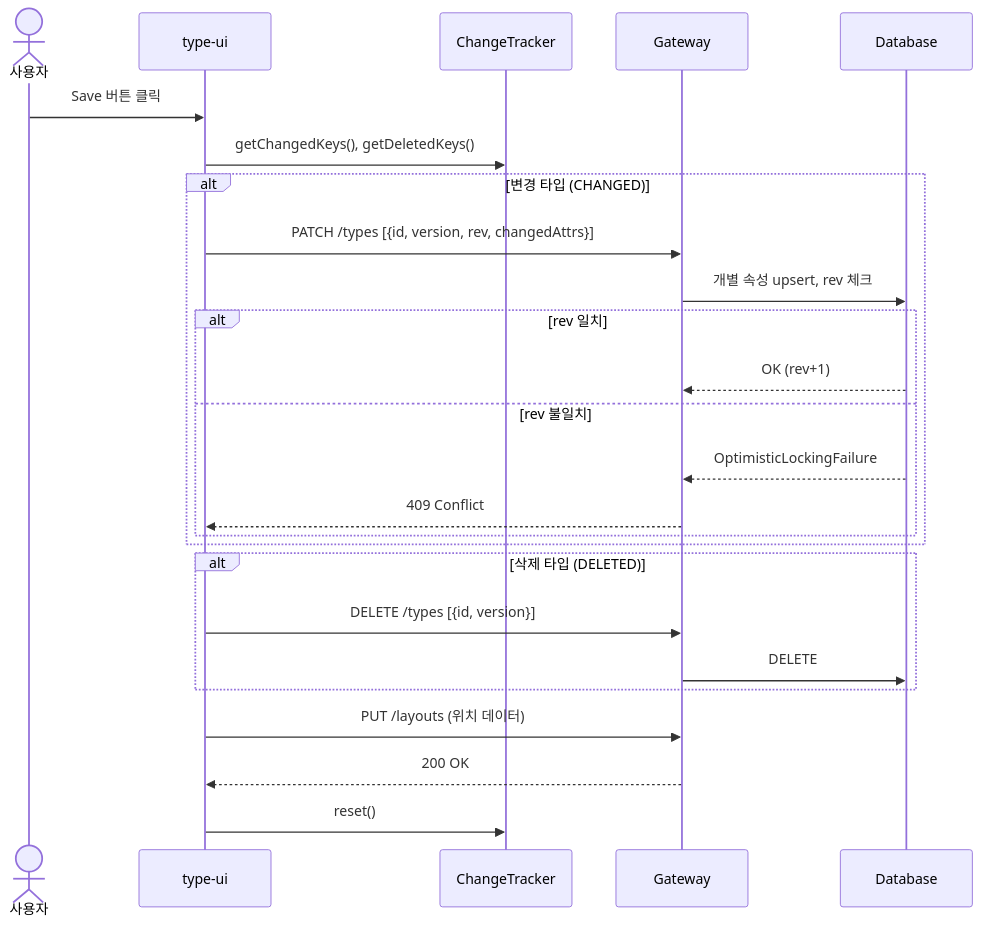
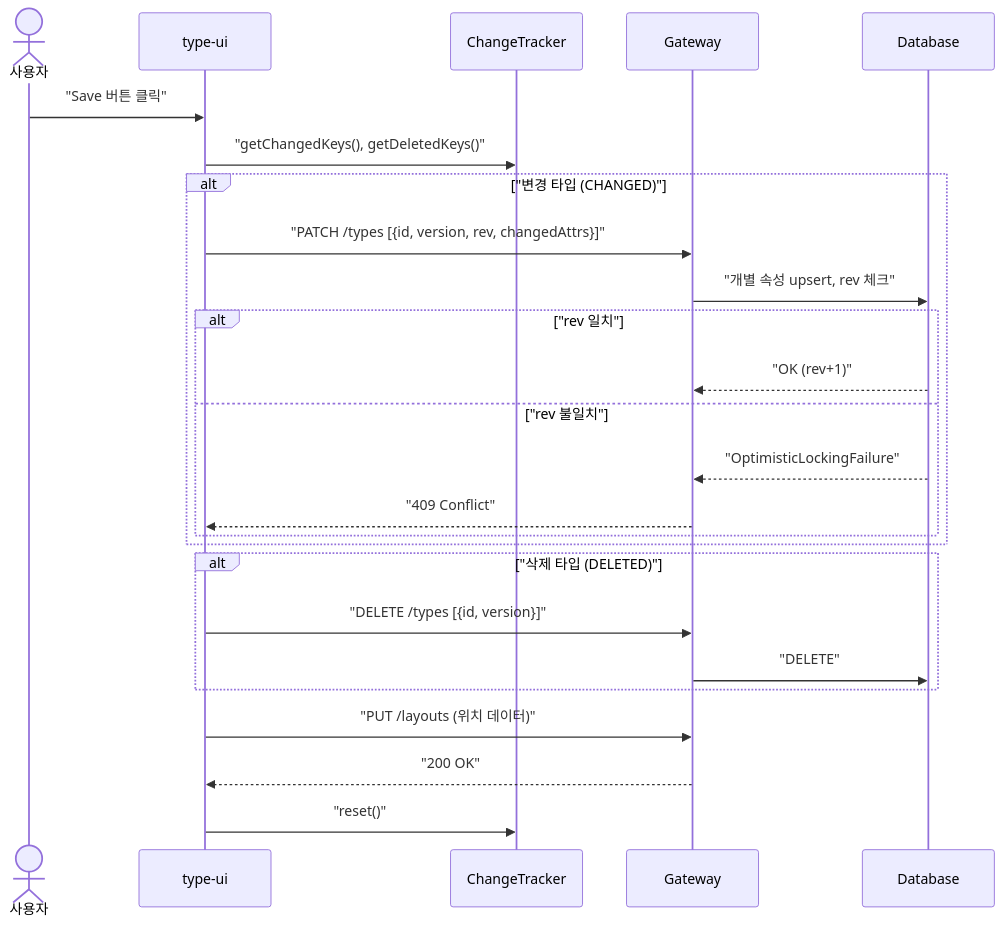
One commit to sayaya1090/handbook changed the eighth of 13 diagrams in type-ui/USECASE.md. Above: the diagram before and after it, drawn with Mermaid. The commit also changed other lines of this file and 22 other files, not shown here.

First line of the commit message:
docs: Mermaid 다이어그램 렌더링 오류 수정을 위한 구문 전수 교정

````diff
--- a/type-ui/USECASE.md
+++ b/type-ui/USECASE.md
@@ -315,30 +315,30 @@
 ```mermaid
 sequenceDiagram
     actor User as 사용자
     participant UI as type-ui
     participant CT as ChangeTracker
     participant GW as Gateway
     participant DB as Database
 
-    User->>UI: Save 버튼 클릭
-    UI->>CT: getChangedKeys(), getDeletedKeys()
+    User->>UI: "Save 버튼 클릭"
+    UI->>CT: "getChangedKeys(), getDeletedKeys()"
 
-    alt 변경 타입 (CHANGED)
-        UI->>GW: PATCH /types [{id, version, rev, changedAttrs}]
-        GW->>DB: 개별 속성 upsert, rev 체크
-        alt rev 일치
-            DB-->>GW: OK (rev+1)
-        else rev 불일치
-            DB-->>GW: OptimisticLockingFailure
-            GW-->>UI: 409 Conflict
+    alt "변경 타입 (CHANGED)"
+        UI->>GW: "PATCH /types [{id, version, rev, changedAttrs}]"
+        GW->>DB: "개별 속성 upsert, rev 체크"
+        alt "rev 일치"
+            DB-->>GW: "OK (rev+1)"
+        else "rev 불일치"
+            DB-->>GW: "OptimisticLockingFailure"
+            GW-->>UI: "409 Conflict"
         end
     end
-    alt 삭제 타입 (DELETED)
-        UI->>GW: DELETE /types [{id, version}]
-        GW->>DB: DELETE
+    alt "삭제 타입 (DELETED)"
+        UI->>GW: "DELETE /types [{id, version}]"
+        GW->>DB: "DELETE"
     end
 
-    UI->>GW: PUT /layouts (위치 데이터)
-    GW-->>UI: 200 OK
-    UI->>CT: reset()
+    UI->>GW: "PUT /layouts (위치 데이터)"
+    GW-->>UI: "200 OK"
+    UI->>CT: "reset()"
 ```
````
